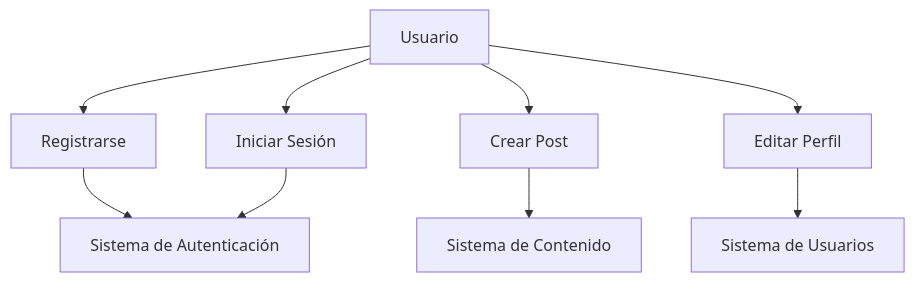
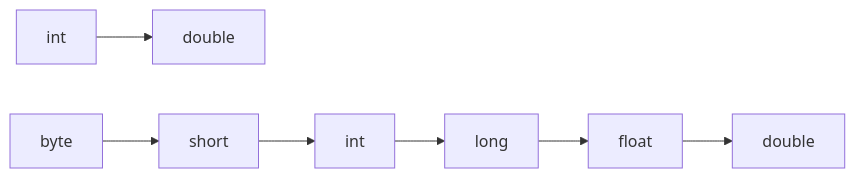
The third of 12 diagrams in docs/ud0/2diagramas-uml-flujo-variables.md (FranGarciaNav/programacionJava-main), drawn with Mermaid before and after one commit. The commit also changed other lines of this file and 1 other file, not shown here.

Commit message:
Actualizar mkdocs.yml para reflejar cambios en la sección de "Variables, Diagramas de Flujo y UML". Modificar el contenido del documento correspondiente, simplificando la introducción y reorganizando secciones para mejorar la claridad y el enfoque en los conceptos básicos de programación.

````diff
--- a/docs/ud0/2diagramas-uml-flujo-variables.md
+++ b/docs/ud0/2diagramas-uml-flujo-variables.md
@@ -80,12 +139,9 @@
 ```mermaid
-graph TD
-    A[Usuario] --> B[Registrarse]
-    A --> C[Iniciar Sesión]
-    A --> D[Crear Post]
-    A --> E[Editar Perfil]
-    
-    B --> F[Sistema de Autenticación]
-    C --> F
-    D --> G[Sistema de Contenido]
-    E --> H[Sistema de Usuarios]
+graph LR
+    A[int] --> B[double]
+    C[byte] --> D[short]
+    D --> E[int]
+    E --> F[long]
+    F --> G[float]
+    G --> H[double]
 ```
````
